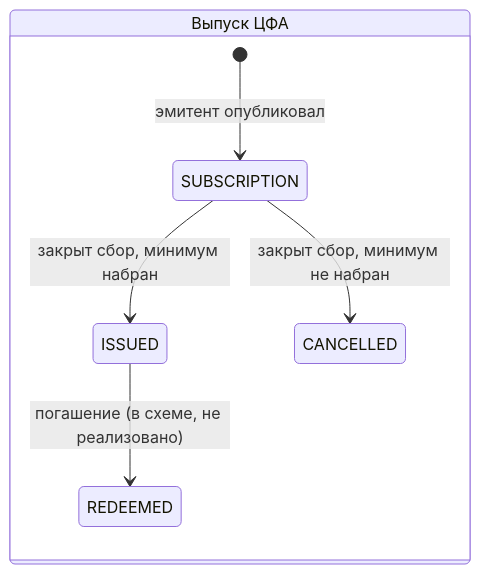
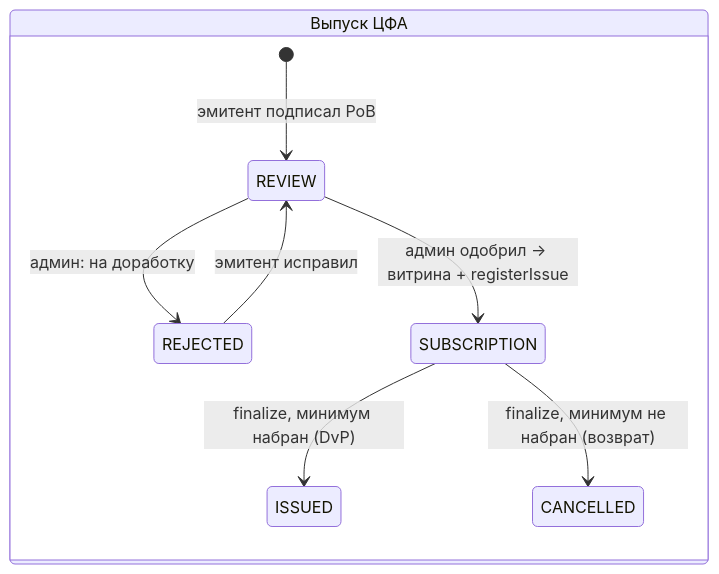
One commit to KISEL4KO/VTB_Hack changed the fourth of 6 diagrams in README.md. Above: the diagram before and after it, drawn with Mermaid. The commit also changed other lines of this file and 58 other files, not shown here.

````diff
--- a/README.md
+++ b/README.md
@@ -302,10 +386,12 @@
 ```mermaid
 stateDiagram-v2
     direction LR
-    state "Выпуск ЦФА" as Issue {
-        [*] --> SUBSCRIPTION: эмитент опубликовал
-        SUBSCRIPTION --> ISSUED: закрыт сбор, минимум набран
-        SUBSCRIPTION --> CANCELLED: закрыт сбор, минимум не набран
-        ISSUED --> REDEEMED: погашение (в схеме, не реализовано)
+    state "Выпуск ЦФА" as I {
+        [*] --> REVIEW: эмитент подписал РоВ
+        REVIEW --> REJECTED: админ: на доработку
+        REJECTED --> REVIEW: эмитент исправил
+        REVIEW --> SUBSCRIPTION: админ одобрил → витрина + registerIssue
+        SUBSCRIPTION --> ISSUED: finalize, минимум набран (DvP)
+        SUBSCRIPTION --> CANCELLED: finalize, минимум не набран (возврат)
     }
 ```
````
